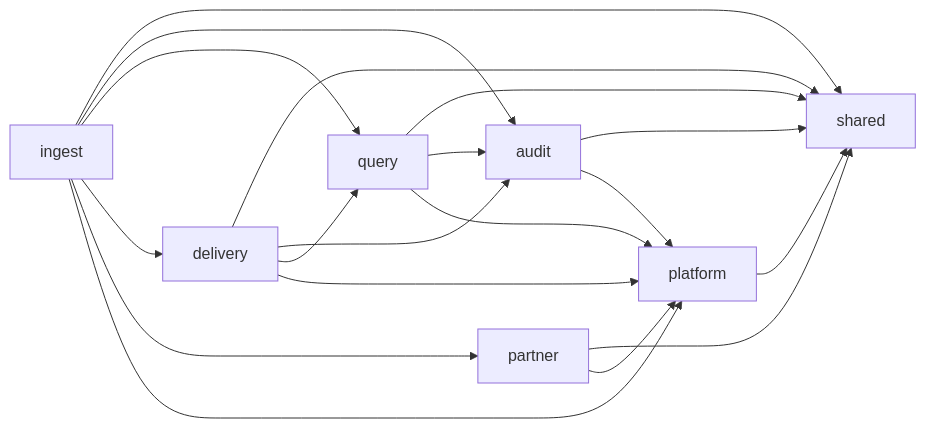
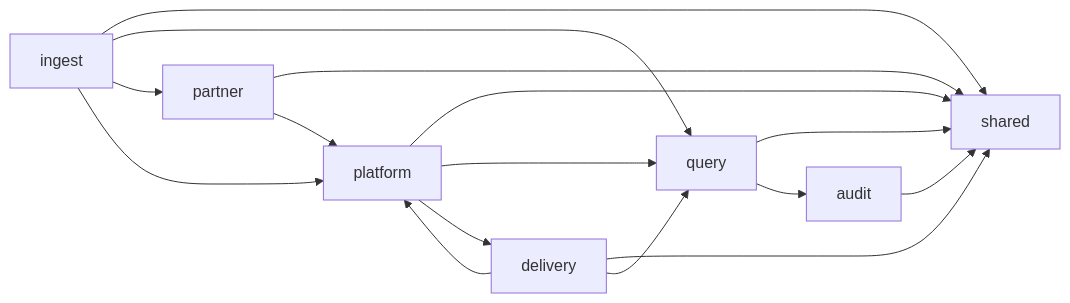
The second of 2 diagrams in docs/diagrams/01-system-overview.md (sergen116/partner-event-gateway-modular), drawn with Mermaid before and after one commit. The commit also changed other lines of this file and 12 other files, not shown here.

````diff
--- a/docs/diagrams/01-system-overview.md
+++ b/docs/diagrams/01-system-overview.md
@@ -117,26 +117,23 @@
 ```mermaid
 flowchart LR
     ingest --> shared
-    ingest --> audit
     ingest --> query
-    ingest --> delivery
     ingest --> partner
     ingest --> platform
 
     delivery --> shared
-    delivery --> audit
     delivery --> query
     delivery --> platform
 
     query --> shared
     query --> audit
-    query --> platform
 
     partner --> shared
     partner --> platform
 
     audit --> shared
-    audit --> platform
 
     platform --> shared
+    platform --> query
+    platform --> delivery
 ```
````
